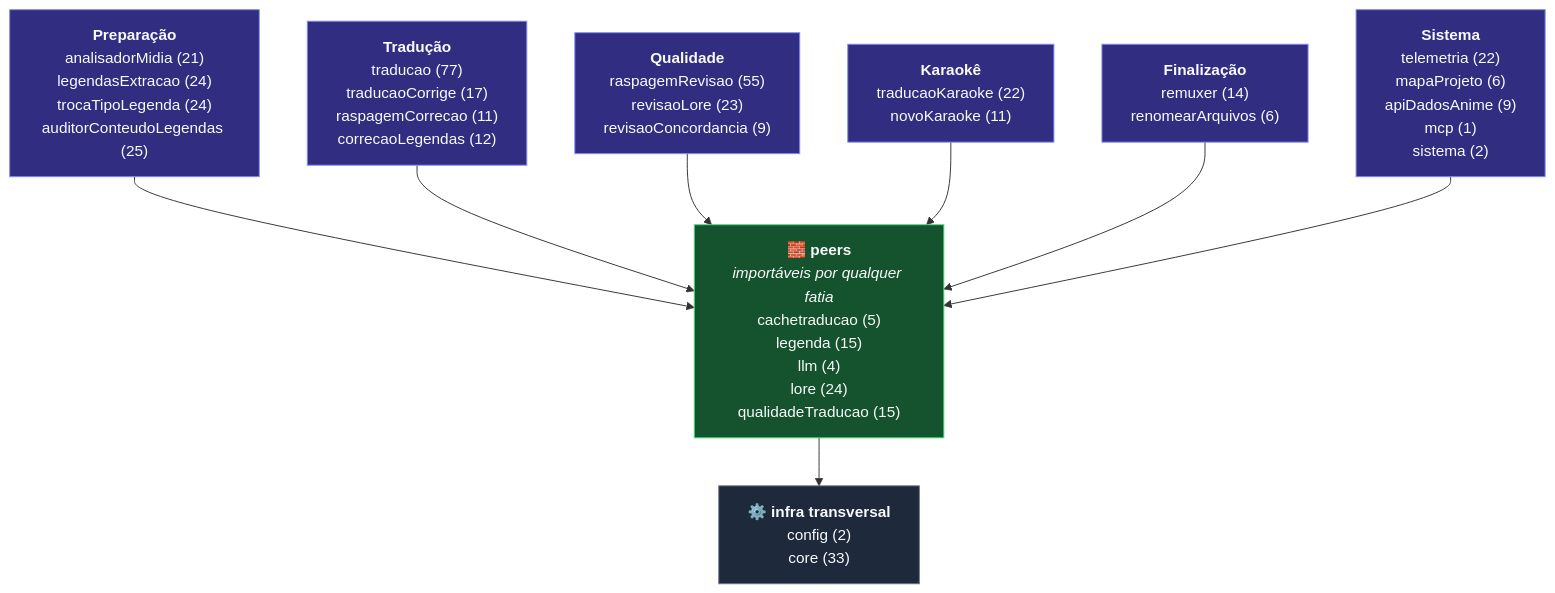
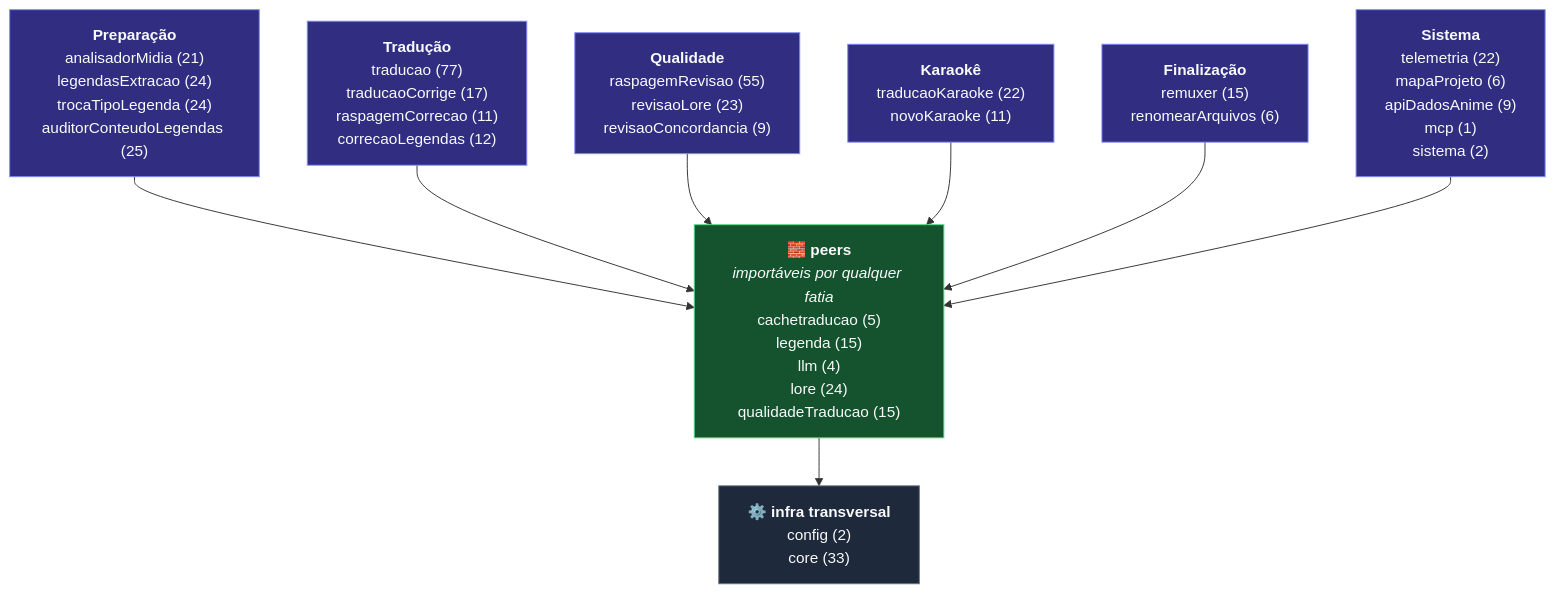
One commit to carmipa/traducao_animes_llm_local_quarkus-1 changed the diagram in docs/ref-esqueleto-projeto.md. Above: the diagram before and after it, drawn with Mermaid. The commit also changed other lines of this file and 16 other files, not shown here.

````diff
--- a/docs/ref-esqueleto-projeto.md
+++ b/docs/ref-esqueleto-projeto.md
@@ -36,21 +36,21 @@
 ```mermaid
 graph TB
     G0["<b>Preparação</b><br/>analisadorMidia (21)<br/>legendasExtracao (24)<br/>trocaTipoLegenda (24)<br/>auditorConteudoLegendas (25)"]:::fatia
     G1["<b>Tradução</b><br/>traducao (77)<br/>traducaoCorrige (17)<br/>raspagemCorrecao (11)<br/>correcaoLegendas (12)"]:::fatia
     G2["<b>Qualidade</b><br/>raspagemRevisao (55)<br/>revisaoLore (23)<br/>revisaoConcordancia (9)"]:::fatia
     G3["<b>Karaokê</b><br/>traducaoKaraoke (22)<br/>novoKaraoke (11)"]:::fatia
-    G4["<b>Finalização</b><br/>remuxer (14)<br/>renomearArquivos (6)"]:::fatia
+    G4["<b>Finalização</b><br/>remuxer (15)<br/>renomearArquivos (6)"]:::fatia
     G5["<b>Sistema</b><br/>telemetria (22)<br/>mapaProjeto (6)<br/>apiDadosAnime (9)<br/>mcp (1)<br/>sistema (2)"]:::fatia
     PEERS["<b>🧱 peers</b><br/><i>importáveis por qualquer fatia</i><br/>cachetraducao (5)<br/>legenda (15)<br/>llm (4)<br/>lore (24)<br/>qualidadeTraducao (15)"]:::peer
     BASE["<b>⚙️ infra transversal</b><br/>config (2)<br/>core (33)"]:::base
     G0 --> PEERS
     G1 --> PEERS
     G2 --> PEERS
     G3 --> PEERS
     G4 --> PEERS
     G5 --> PEERS
     PEERS --> BASE
     classDef fatia fill:#312e81,stroke:#818CF8,color:#F9FAFB
     classDef peer fill:#14532d,stroke:#4ADE80,color:#F9FAFB
     classDef base fill:#1e293b,stroke:#6B7280,color:#F9FAFB
 ```
````
